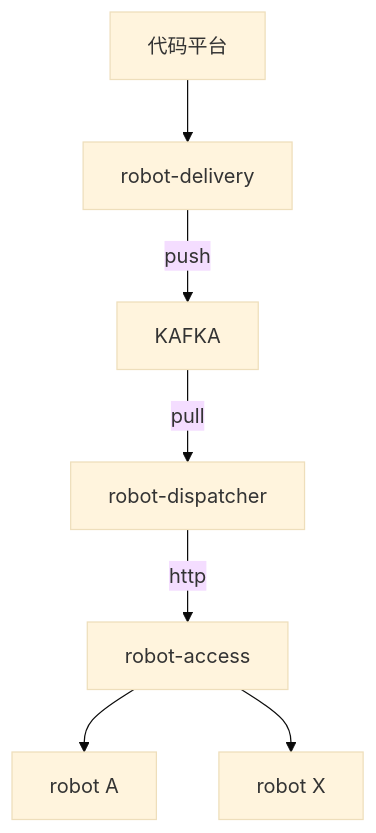
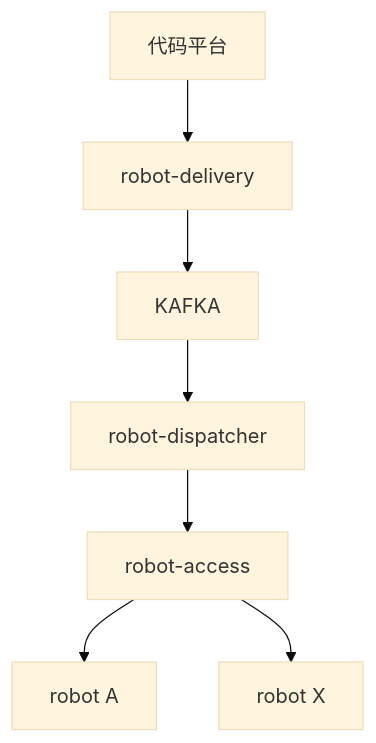
The second of 2 diagrams in speed_control_test.md (yangwei999/doc), drawn with Mermaid (base theme) before and after one commit. The commit also changed other lines of this file, not shown here.

````diff
--- a/speed_control_test.md
+++ b/speed_control_test.md
@@ -15,13 +19,10 @@
 ```mermaid
 graph TD
 C[代码平台] --> A
 A[robot-delivery]
-
-A --> |push|D[KAFKA]
-
-D --> |pull|E[robot-dispatcher]
-E --> |http|F[robot-access]
-
+A --> D[KAFKA]
+D --> E[robot-dispatcher]
+E --> F[robot-access]
 F --> I[robot A]
 F --> J[robot X]
 ```
````
